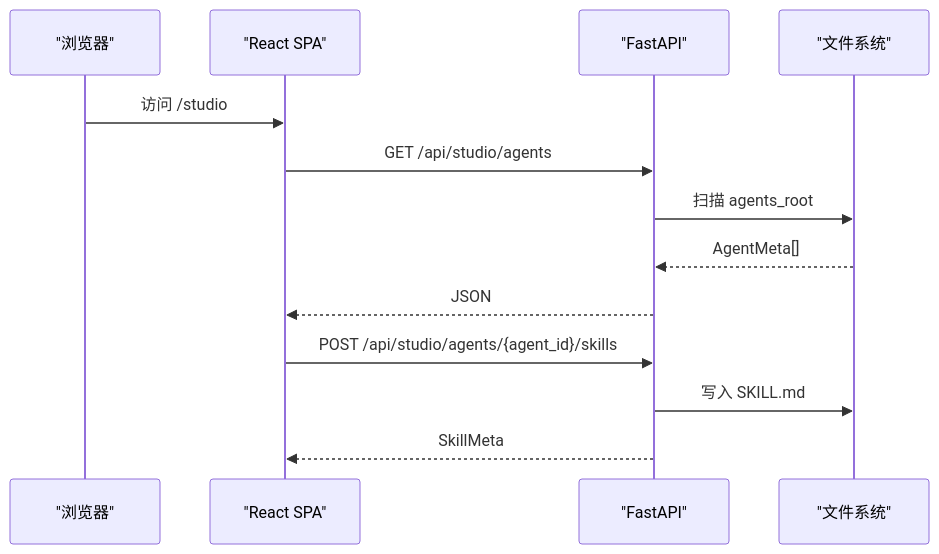
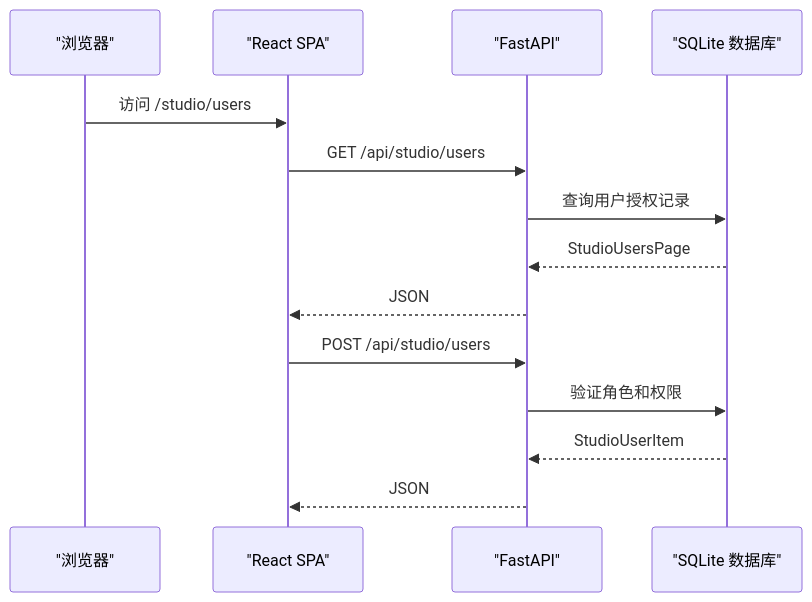
The eighth of 9 diagrams in repowiki/zh/content/Studio 开发工具/Studio 开发工具.md (YU-JI-KUI/ark-agentic), drawn with Mermaid before and after one commit. The commit also changed other lines of this file and 9 other files, not shown here.

````diff
--- a/repowiki/zh/content/Studio 开发工具/Studio 开发工具.md
+++ b/repowiki/zh/content/Studio 开发工具/Studio 开发工具.md
@@ -282,15 +340,16 @@
 ```mermaid
 sequenceDiagram
 participant Browser as "浏览器"
 participant Frontend as "React SPA"
 participant Backend as "FastAPI"
-participant FS as "文件系统"
-Browser->>Frontend : 访问 /studio
-Frontend->>Backend : GET /api/studio/agents
-Backend->>FS : 扫描 agents_root
-FS-->>Backend : AgentMeta[]
+participant DB as "SQLite 数据库"
+Browser->>Frontend : 访问 /studio/users
+Frontend->>Backend : GET /api/studio/users
+Backend->>DB : 查询用户授权记录
+DB-->>Backend : StudioUsersPage
 Backend-->>Frontend : JSON
-Frontend->>Backend : POST /api/studio/agents/{agent_id}/skills
-Backend->>FS : 写入 SKILL.md
-Backend-->>Frontend : SkillMeta
+Frontend->>Backend : POST /api/studio/users
+Backend->>DB : 验证角色和权限
+DB-->>Backend : StudioUserItem
+Backend-->>Frontend : JSON
 ```
````
